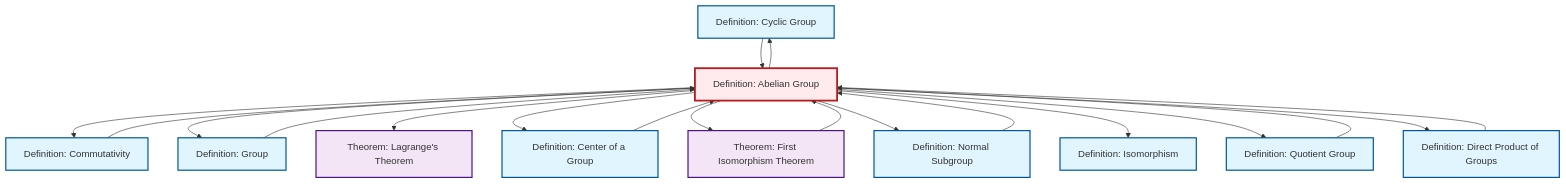
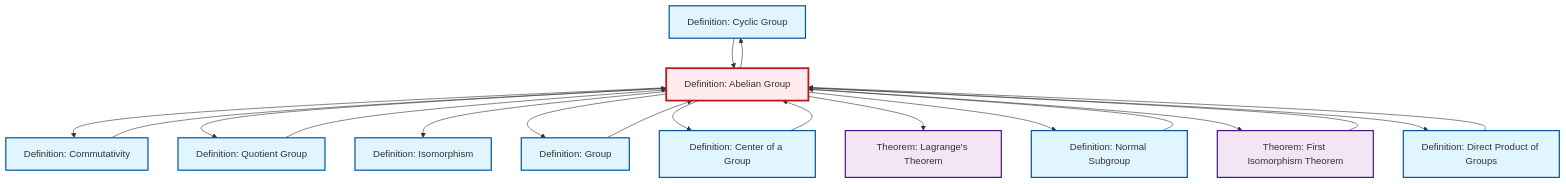
Before and after one commit to RK0429/ModernMath: the diagram in content/en/algebra/def-abelian-group.qmd, drawn with Mermaid. The commit also changed other lines of this file and 1012 other files, not shown here.

````diff
--- a/content/en/algebra/def-abelian-group.qmd
+++ b/content/en/algebra/def-abelian-group.qmd
@@ -104,49 +104,49 @@
 ```{mermaid}
 %%| fig-cap: "Local dependency graph"
 graph TD
     classDef definition fill:#e1f5fe,stroke:#01579b,stroke-width:2px
     classDef theorem fill:#f3e5f5,stroke:#4a148c,stroke-width:2px
     classDef axiom fill:#fff3e0,stroke:#e65100,stroke-width:2px
     classDef example fill:#e8f5e9,stroke:#1b5e20,stroke-width:2px
     classDef current fill:#ffebee,stroke:#b71c1c,stroke-width:3px
+    def-isomorphism["Definition: Isomorphism"]:::definition
+    def-cyclic-group["Definition: Cyclic Group"]:::definition
     thm-lagrange["Theorem: Lagrange's Theorem"]:::theorem
-    def-cyclic-group["Definition: Cyclic Group"]:::definition
+    def-abelian-group["Definition: Abelian Group"]:::definition
+    def-normal-subgroup["Definition: Normal Subgroup"]:::definition
+    def-center-of-group["Definition: Center of a Group"]:::definition
     def-commutativity["Definition: Commutativity"]:::definition
-    def-normal-subgroup["Definition: Normal Subgroup"]:::definition
-    def-isomorphism["Definition: Isomorphism"]:::definition
+    def-quotient-group["Definition: Quotient Group"]:::definition
     def-direct-product["Definition: Direct Product of Groups"]:::definition
     thm-first-isomorphism["Theorem: First Isomorphism Theorem"]:::theorem
-    def-quotient-group["Definition: Quotient Group"]:::definition
-    def-abelian-group["Definition: Abelian Group"]:::definition
-    def-center-of-group["Definition: Center of a Group"]:::definition
     def-group["Definition: Group"]:::definition
+    def-abelian-group --> def-commutativity
+    def-normal-subgroup --> def-abelian-group
+    def-abelian-group --> def-quotient-group
+    def-quotient-group --> def-abelian-group
+    def-abelian-group --> def-isomorphism
+    def-center-of-group --> def-abelian-group
+    def-abelian-group --> def-group
     def-group --> def-abelian-group
     thm-first-isomorphism --> def-abelian-group
-    def-abelian-group --> def-commutativity
+    def-abelian-group --> def-center-of-group
+    def-abelian-group --> thm-lagrange
     def-abelian-group --> def-cyclic-group
     def-commutativity --> def-abelian-group
-    def-quotient-group --> def-abelian-group
-    def-abelian-group --> def-group
-    def-abelian-group --> thm-lagrange
-    def-abelian-group --> def-center-of-group
-    def-abelian-group --> thm-first-isomorphism
     def-cyclic-group --> def-abelian-group
     def-abelian-group --> def-normal-subgroup
-    def-abelian-group --> def-isomorphism
-    def-center-of-group --> def-abelian-group
-    def-abelian-group --> def-quotient-group
+    def-abelian-group --> thm-first-isomorphism
+    def-direct-product --> def-abelian-group
     def-abelian-group --> def-direct-product
-    def-normal-subgroup --> def-abelian-group
-    def-direct-product --> def-abelian-group
     class def-abelian-group current
+    click def-isomorphism "def-isomorphism.html" "Go to Isomorphism definition"
+    click def-cyclic-group "def-cyclic-group.html" "Go to Cyclic Group definition"
     click thm-lagrange "thm-lagrange.html" "Go to Lagrange's Theorem theorem"
-    click def-cyclic-group "def-cyclic-group.html" "Go to Cyclic Group definition"
+    click def-normal-subgroup "def-normal-subgroup.html" "Go to Normal Subgroup definition"
+    click def-center-of-group "def-center-of-group.html" "Go to Center of a Group definition"
     click def-commutativity "def-commutativity.html" "Go to Commutativity definition"
-    click def-normal-subgroup "def-normal-subgroup.html" "Go to Normal Subgroup definition"
-    click def-isomorphism "def-isomorphism.html" "Go to Isomorphism definition"
+    click def-quotient-group "def-quotient-group.html" "Go to Quotient Group definition"
     click def-direct-product "def-direct-product.html" "Go to Direct Product of Groups definition"
     click thm-first-isomorphism "thm-first-isomorphism.html" "Go to First Isomorphism Theorem theorem"
-    click def-quotient-group "def-quotient-group.html" "Go to Quotient Group definition"
-    click def-center-of-group "def-center-of-group.html" "Go to Center of a Group definition"
     click def-group "def-group.html" "Go to Group definition"
 ```
````
